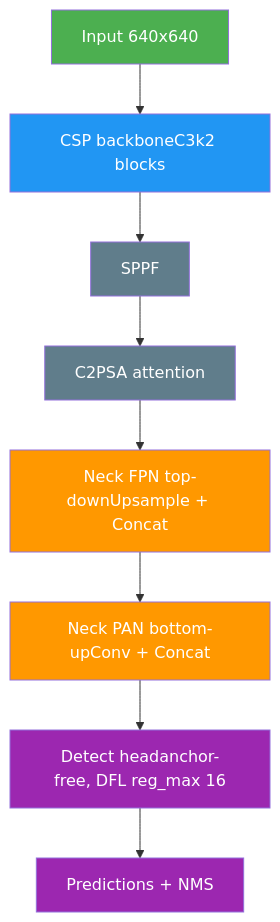
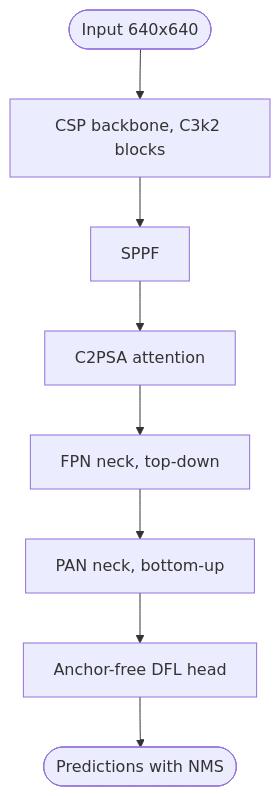
The fourth of 5 diagrams in skills/ultralytics-docs/references/guides/yolo-architecture.md (wenerme/ai), drawn with Mermaid before and after one commit. The commit also changed other lines of this file and 476 other files, not shown here.

````diff
--- a/skills/ultralytics-docs/references/guides/yolo-architecture.md
+++ b/skills/ultralytics-docs/references/guides/yolo-architecture.md
@@ -81,15 +66,10 @@
     ```mermaid
     flowchart TD
-        IN[Input 640x640]:::start --> BB[CSP backboneC3k2 blocks]:::proc
-        BB --> SP[SPPF]:::extern
-        SP --> PSA[C2PSA attention]:::extern
-        PSA --> FPN[Neck FPN top-downUpsample + Concat]:::decide
-        FPN --> PAN[Neck PAN bottom-upConv + Concat]:::decide
-        PAN --> HD[Detect headanchor-free, DFL reg_max 16]:::out
-        HD --> O[Predictions + NMS]:::out
-        classDef start fill:#4CAF50,color:#fff
-        classDef proc fill:#2196F3,color:#fff
-        classDef decide fill:#FF9800,color:#fff
-        classDef out fill:#9C27B0,color:#fff
-        classDef extern fill:#607D8B,color:#fff
+        IN([Input 640x640]) --> BB["CSP backbone, C3k2 blocks"]
+        BB --> SP[SPPF]
+        SP --> PSA[C2PSA attention]
+        PSA --> FPN["FPN neck, top-down"]
+        FPN --> PAN["PAN neck, bottom-up"]
+        PAN --> HD[Anchor-free DFL head]
+        HD --> O([Predictions with NMS])
     ```
````
